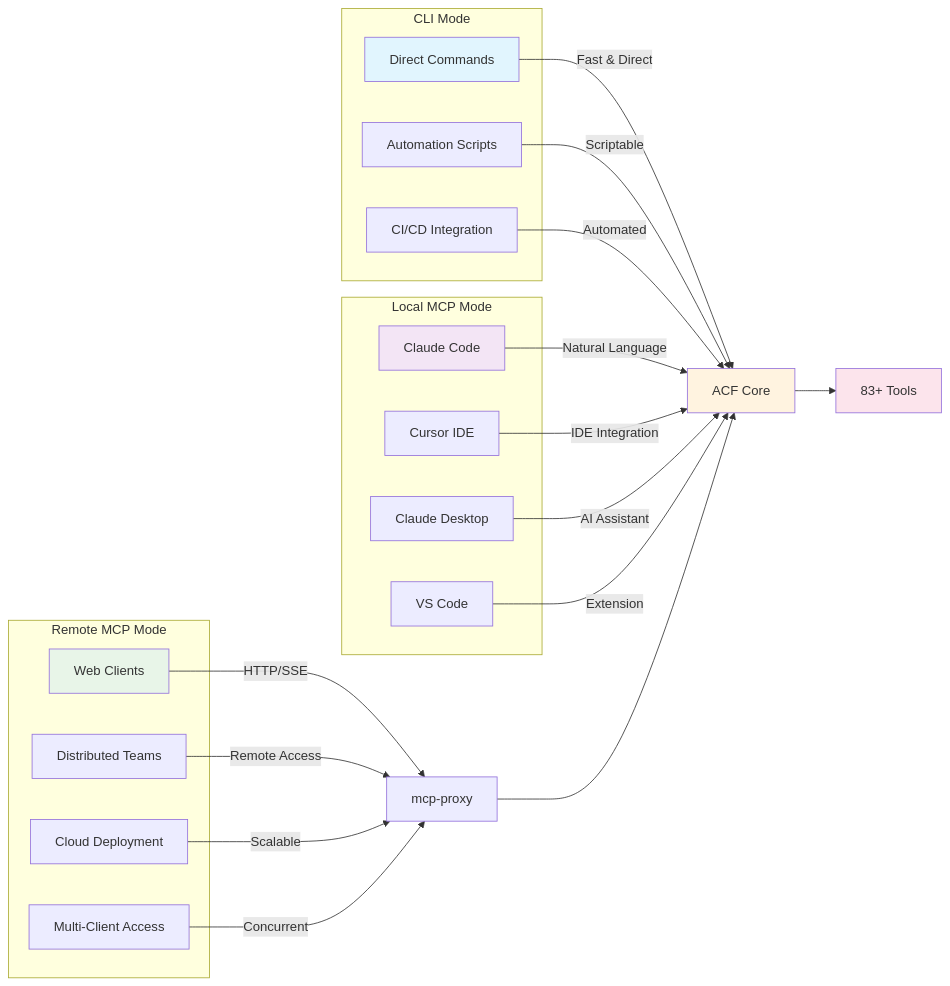
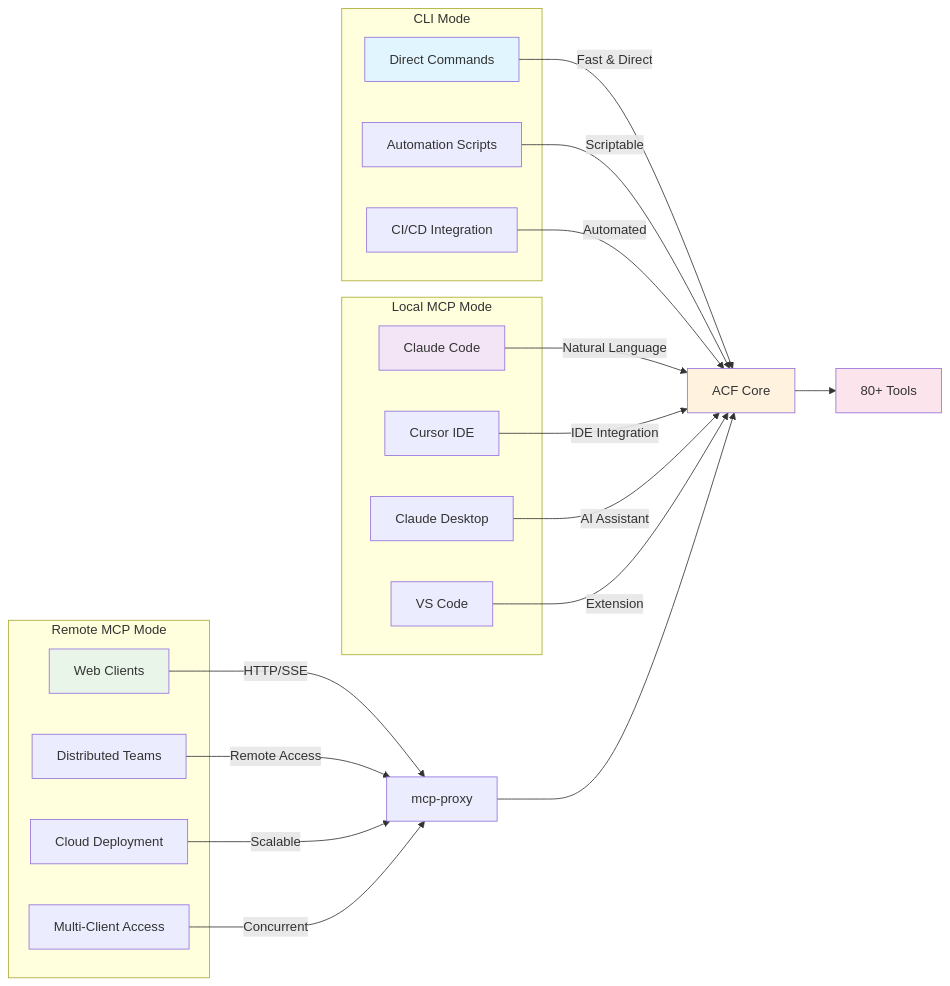
One commit to FutureAtoms/agentic-control-framework changed the third of 4 diagrams in README.md. Above: the diagram before and after it, drawn with Mermaid. The commit also changed other lines of this file and 21 other files, not shown here.

````diff
--- a/README.md
+++ b/README.md
@@ -517,46 +517,46 @@
 ```mermaid
 graph LR
     subgraph "CLI Mode"
         CLI1[Direct Commands]
         CLI2[Automation Scripts]
         CLI3[CI/CD Integration]
     end
 
     subgraph "Local MCP Mode"
         MCP1[Claude Code]
         MCP2[Cursor IDE]
         MCP3[Claude Desktop]
         MCP4[VS Code]
     end
 
     subgraph "Remote MCP Mode"
         REM1[Web Clients]
         REM2[Distributed Teams]
         REM3[Cloud Deployment]
         REM4[Multi-Client Access]
     end
 
     CLI1 --> |Fast & Direct| ACF[ACF Core]
     CLI2 --> |Scriptable| ACF
     CLI3 --> |Automated| ACF
 
     MCP1 --> |Natural Language| ACF
     MCP2 --> |IDE Integration| ACF
     MCP3 --> |AI Assistant| ACF
     MCP4 --> |Extension| ACF
 
     REM1 --> |HTTP/SSE| PROXY[mcp-proxy]
     REM2 --> |Remote Access| PROXY
     REM3 --> |Scalable| PROXY
     REM4 --> |Concurrent| PROXY
 
     PROXY --> ACF
 
-    ACF --> TOOLS[83+ Tools]
+    ACF --> TOOLS[80+ Tools]
 
     style CLI1 fill:#e1f5fe
     style MCP1 fill:#f3e5f5
     style REM1 fill:#e8f5e8
     style ACF fill:#fff3e0
     style TOOLS fill:#fce4ec
 ```
````
